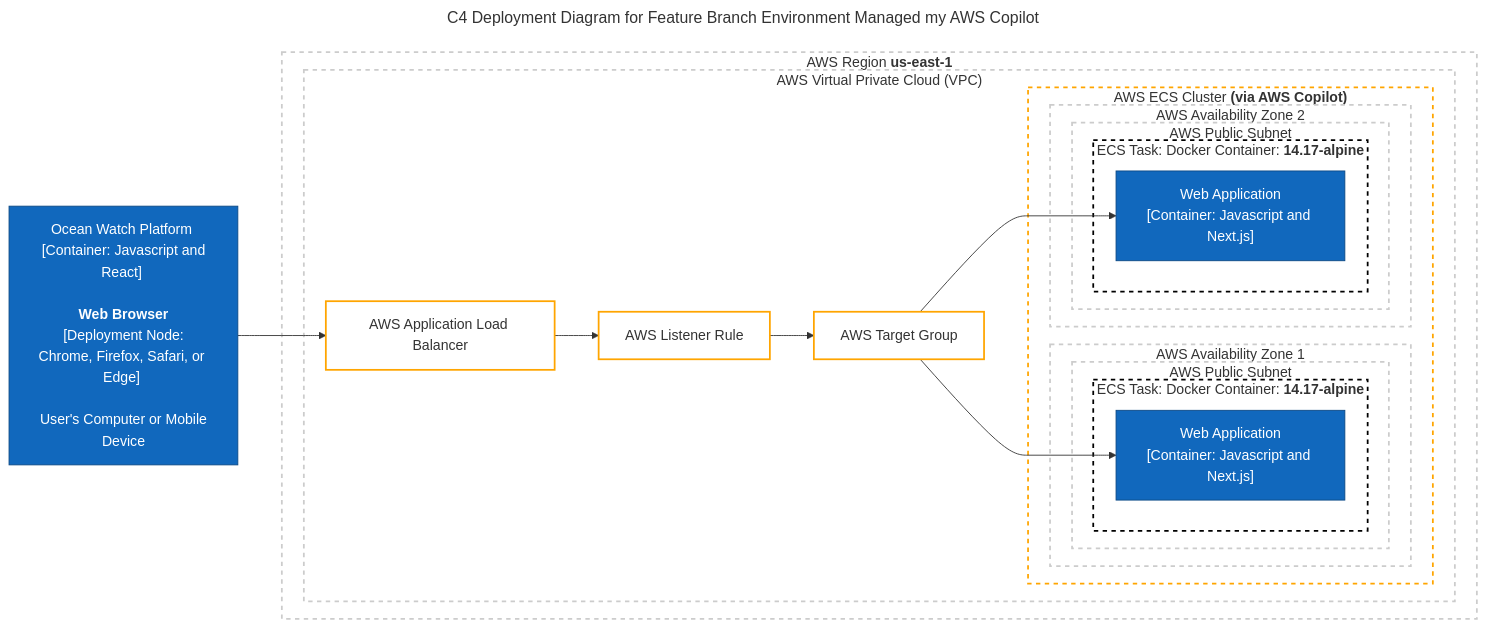
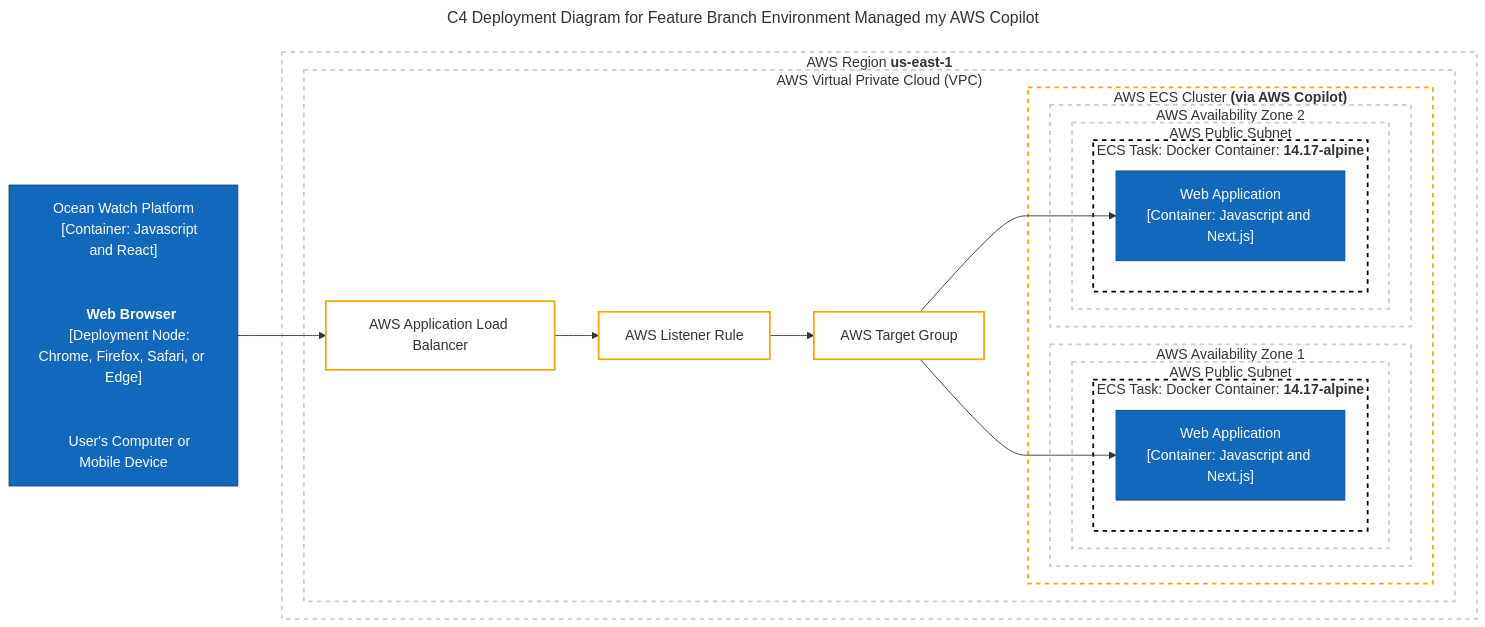
One commit to wri/ocean-watch changed the sixth of 6 diagrams in docs/architecture/c4_deployment.md. Above: the diagram before and after it, drawn with Mermaid. The commit also changed other lines of this file and 1 other file, not shown here.

First line of the commit message:
Update c4_deployment.md (#49)

````diff
--- a/docs/architecture/c4_deployment.md
+++ b/docs/architecture/c4_deployment.md
@@ -273,48 +282,55 @@
 ```mermaid
 ---
 title: C4 Deployment Diagram for Feature Branch Environment Managed my AWS Copilot
 ---
 flowchart LR
-    Browser["Ocean Watch Platform \n [Container: Javascript and React] \n\n <b>Web Browser</b> \n [Deployment Node: Chrome, Firefox, Safari, or Edge] \n\n User's Computer or Mobile Device"]
+    Browser["Ocean Watch Platform
+    [Container: Javascript and React]
+    <br>
+    <b>Web Browser</b>
+    [Deployment Node: Chrome, Firefox, Safari, or Edge]
+    <br>
+    User's Computer or Mobile Device"]
+
     subgraph AwsRegion["AWS Region <b>us-east-1</b>"]
       subgraph AwsVPC["AWS Virtual Private Cloud (VPC)"]
         ALB["AWS Application Load Balancer"]
         ListenerRule["AWS Listener Rule"]
         TargetGroup["AWS Target Group"]
 
         subgraph AwsEcsCluster["AWS ECS Cluster <b>(via AWS Copilot)</b>"]
           subgraph AwsAZ1["AWS Availability Zone 1"]
             subgraph PubSubnet1["AWS Public Subnet"]
               subgraph dockerContainer1["ECS Task: Docker Container: <b>14.17-alpine</b>"]
-                ContainerWebApplication1["Web Application\n[Container: Javascript and Next.js]"]
+                ContainerWebApplication1["Web Application<br>[Container: Javascript and Next.js]"]
               end
             end
           end
           subgraph AwsAZ2["AWS Availability Zone 2"]
             subgraph PubSubnet2["AWS Public Subnet"]
                 subgraph dockerContainer2["ECS Task: Docker Container: <b>14.17-alpine</b>"]
-                    ContainerWebApplication2["Web Application\n[Container: Javascript and Next.js]"]
+                    ContainerWebApplication2["Web Application<br>[Container: Javascript and Next.js]"]
                 end
             end
           end
         end
       end
     end
     
     Browser --> ALB --> ListenerRule --> TargetGroup
     TargetGroup --> ContainerWebApplication1
     TargetGroup --> ContainerWebApplication2
 
     classDef focusSystem fill:#1168bd,stroke:#0b4884,color:#ffffff
     classDef deploymentBoundary fill:none,stroke:#CCC,stroke-width:2px,stroke-dasharray: 5 5
     classDef awsECS fill:none,stroke:orange,stroke-width:2px,stroke-dasharray: 5 5
     classDef dockerContainer fill:none,stroke:black,stroke-width:2px,stroke-dasharray: 5 5
     classDef awsComponent fill:none,stroke:orange,stroke-width:2px
     
     
     class Browser,ContainerWebApplication1,ContainerWebApplication2 focusSystem
     class AwsRegion,AwsVPC,AwsAZ1,AwsAZ2,PubSubnet1,PubSubnet2 deploymentBoundary
     class AwsEcsCluster awsECS
     class dockerContainer1,dockerContainer2 dockerContainer
     class ALB,ListenerRule,TargetGroup awsComponent
 ```
````
